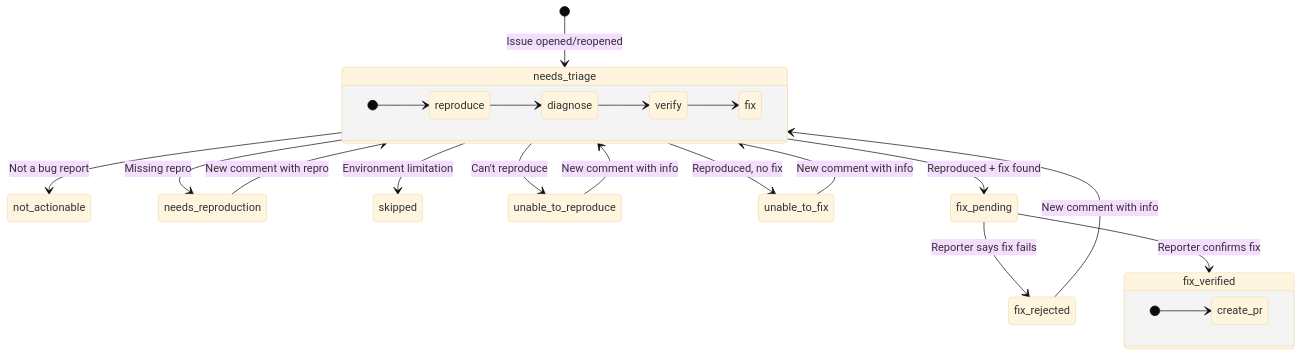
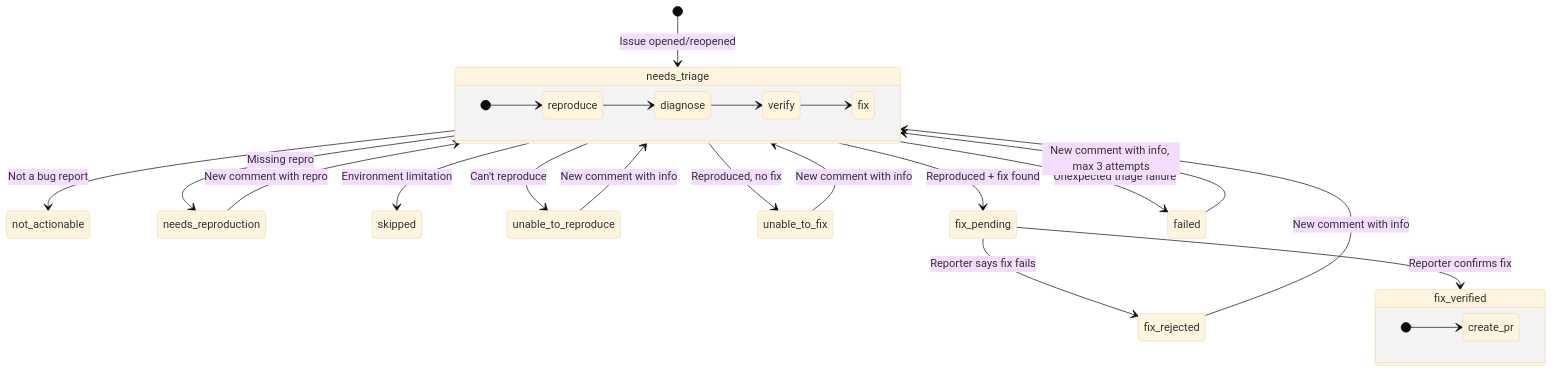
One commit to withastro/triagebot-action changed the diagram in README.md. Above: the diagram before and after it, drawn with Mermaid (base theme). The commit also changed other lines of this file and 8 other files, not shown here.

Commit message:
Add failed triage state (#2)

````diff
--- a/README.md
+++ b/README.md
@@ -13,32 +13,34 @@
 ```mermaid
 stateDiagram-v2
     [*] --> needs_triage: Issue opened/reopened
 
     needs_triage --> not_actionable: Not a bug report
     needs_triage --> needs_reproduction: Missing repro
     needs_triage --> skipped: Environment limitation
     needs_triage --> unable_to_reproduce: Can't reproduce
     needs_triage --> unable_to_fix: Reproduced, no fix
     needs_triage --> fix_pending: Reproduced + fix found
+    needs_triage --> failed: Unexpected triage failure
 
     fix_pending --> fix_verified: Reporter confirms fix
     fix_pending --> fix_rejected: Reporter says fix fails
 
     needs_reproduction --> needs_triage: New comment with repro
     unable_to_reproduce --> needs_triage: New comment with info
     unable_to_fix --> needs_triage: New comment with info
+    failed --> needs_triage: New comment with info, max 3 attempts
     fix_rejected --> needs_triage: New comment with info
 
     state needs_triage {
         direction LR
         [*] --> reproduce
         reproduce --> diagnose
         diagnose --> verify
         verify --> fix
     }
 
     state fix_verified {
         direction LR
         [*] --> create_pr
     }
 ```
````
